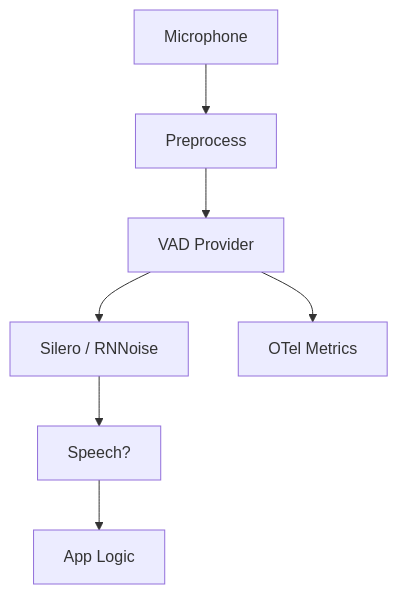
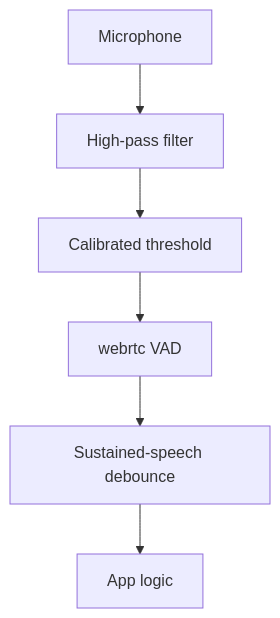
The diagram in src/content/docs/docs/guides/capabilities/voice/noise-resistant-vad.md (lookatitude/beluga-website), drawn with Mermaid before and after one commit. The commit also changed other lines of this file and 474 other files, not shown here.

````diff
--- a/src/content/docs/docs/guides/capabilities/voice/noise-resistant-vad.md
+++ b/src/content/docs/docs/guides/capabilities/voice/noise-resistant-vad.md
@@ -17,9 +17,8 @@
 ```mermaid
 graph TB
-    Mic[Microphone] --> Pre[Preprocess]
-    Pre --> VAD[VAD Provider]
-    VAD --> Silero[Silero / RNNoise]
-    Silero --> Decision[Speech?]
-    Decision --> App[App Logic]
-    VAD --> Metrics[OTel Metrics]
+    Mic[Microphone] --> Pre[High-pass filter]
+    Pre --> Cal[Calibrated threshold]
+    Cal --> VAD[webrtc VAD]
+    VAD --> Debounce[Sustained-speech debounce]
+    Debounce --> App[App logic]
 ```
````
